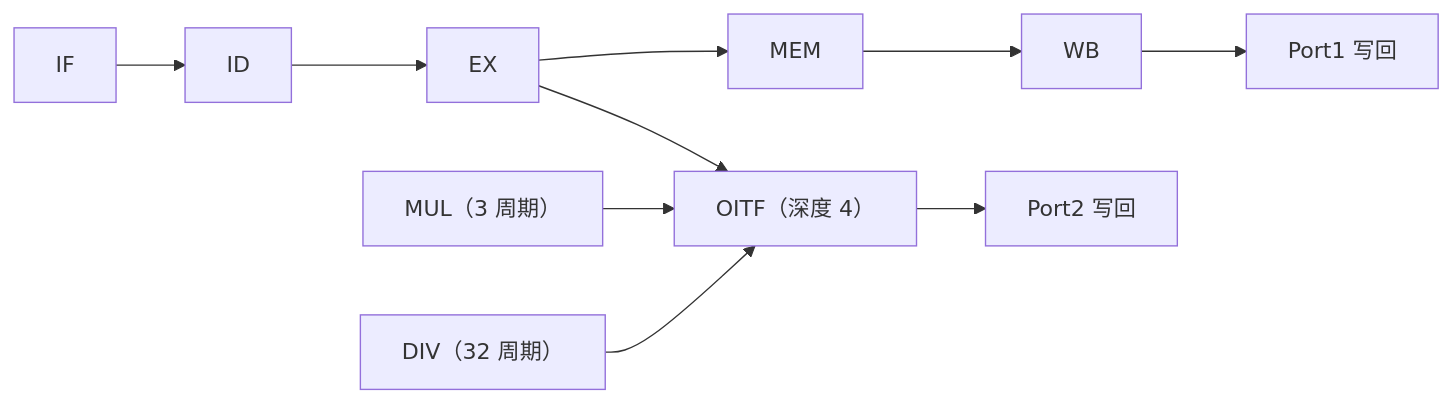
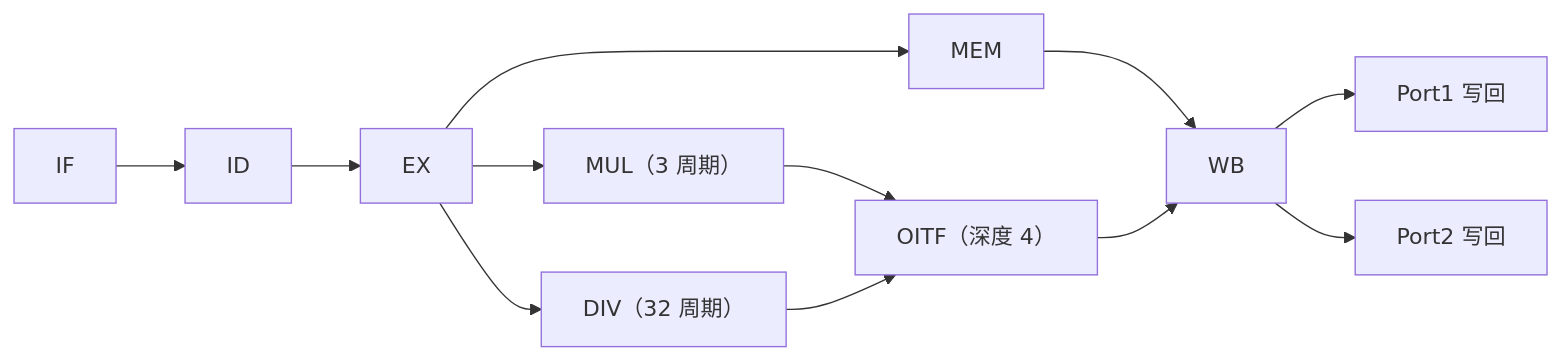
Before and after one commit to HumbleExplorer/BD32_SoC: the diagram in doc/architecture.md, drawn with Mermaid. The commit also changed other lines of this file and 72 other files, not shown here.

````diff
--- a/doc/architecture.md
+++ b/doc/architecture.md
@@ -11,8 +11,7 @@
 ```mermaid
 flowchart LR
     IF --> ID --> EX --> MEM --> WB --> P1["Port1 写回"]
-    EX --> OITF["OITF（深度 4）"]
-    MUL["MUL（3 周期）"] --> OITF
-    DIV["DIV（32 周期）"] --> OITF
-    OITF --> P2["Port2 写回"]
+    EX --> MUL["MUL（3 周期）"] --> OITF["OITF（深度 4）"]
+    EX --> DIV["DIV（32 周期）"] --> OITF["OITF（深度 4）"]
+    OITF --> WB --> P2["Port2 写回"]
 ```
````
